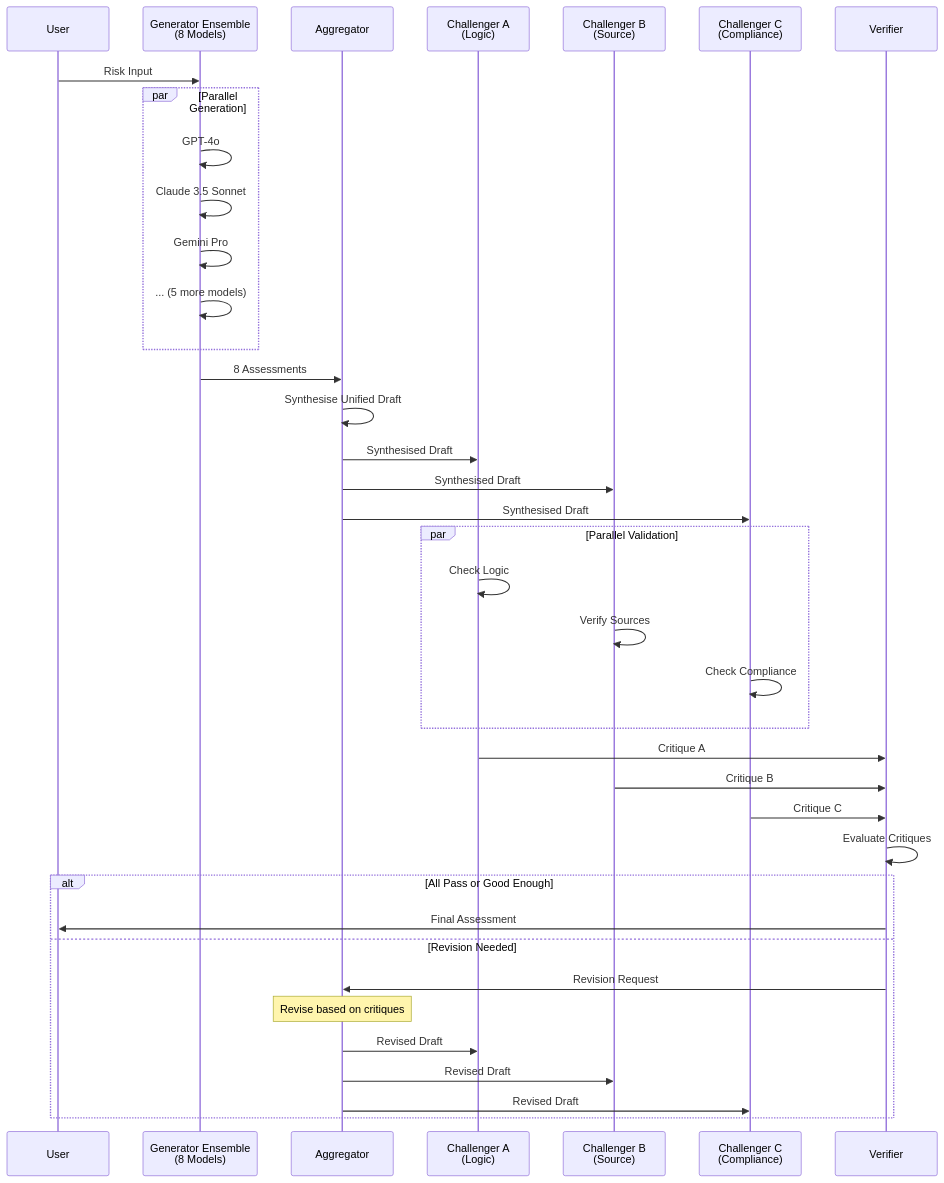
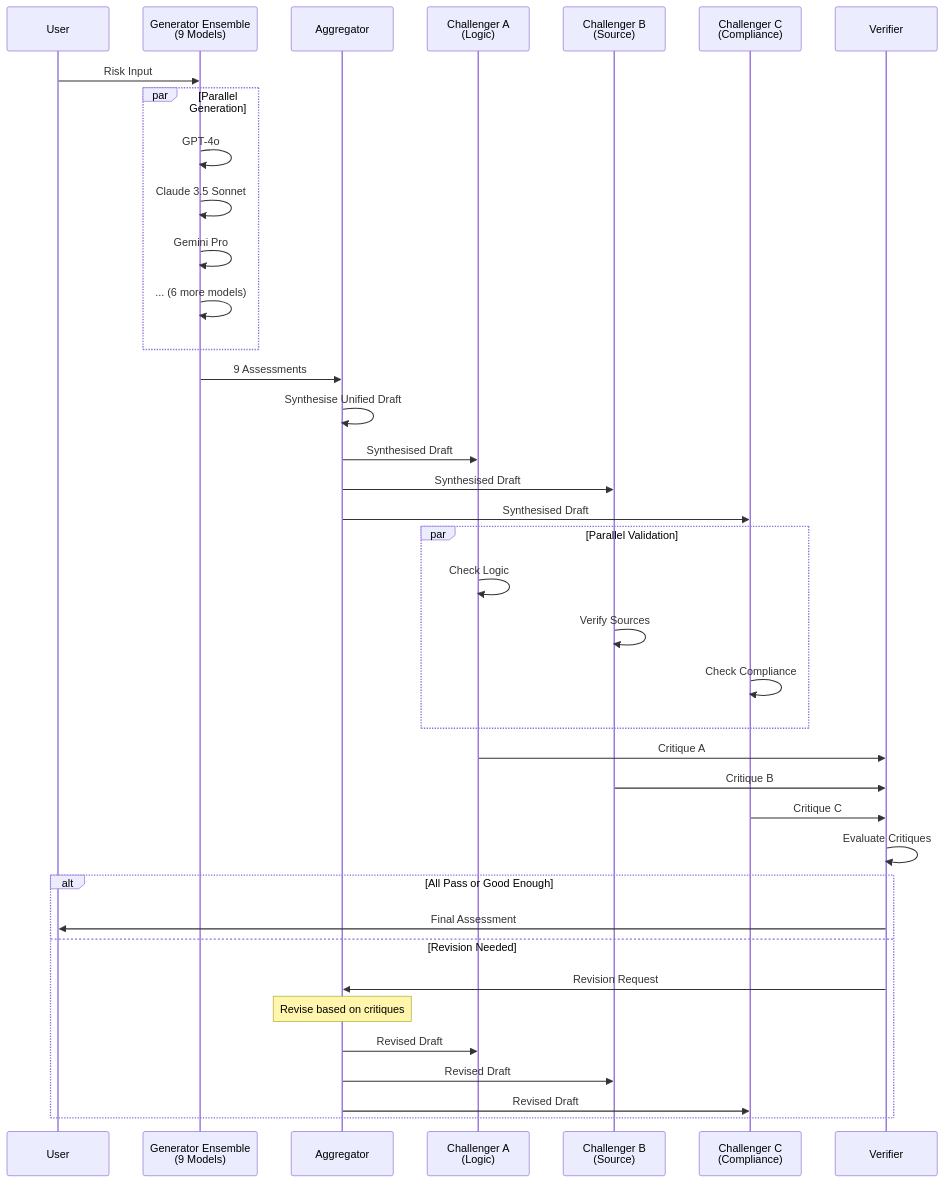
Before and after one commit to Brishian427/IOT-risk-assessment-mas: the second of 2 diagrams in README.md, drawn with Mermaid. The commit also changed other lines of this file and 1 other file, not shown here.

Commit message:
Replace Gemini with Claude 3 Haiku: Restore 9-model ensemble

````diff
--- a/README.md
+++ b/README.md
@@ -92,46 +92,46 @@
 ```mermaid
 sequenceDiagram
     participant User
-    participant GenEnsemble as Generator Ensemble<br/>(8 Models)
+    participant GenEnsemble as Generator Ensemble<br/>(9 Models)
     participant Aggregator
     participant ChallengerA as Challenger A<br/>(Logic)
     participant ChallengerB as Challenger B<br/>(Source)
     participant ChallengerC as Challenger C<br/>(Compliance)
     participant Verifier
     
     User->>GenEnsemble: Risk Input
     par Parallel Generation
         GenEnsemble->>GenEnsemble: GPT-4o
         GenEnsemble->>GenEnsemble: Claude 3.5 Sonnet
         GenEnsemble->>GenEnsemble: Gemini Pro
-        GenEnsemble->>GenEnsemble: ... (5 more models)
+        GenEnsemble->>GenEnsemble: ... (6 more models)
     end
-    GenEnsemble->>Aggregator: 8 Assessments
+    GenEnsemble->>Aggregator: 9 Assessments
     
     Aggregator->>Aggregator: Synthesise Unified Draft
     Aggregator->>ChallengerA: Synthesised Draft
     Aggregator->>ChallengerB: Synthesised Draft
     Aggregator->>ChallengerC: Synthesised Draft
     
     par Parallel Validation
         ChallengerA->>ChallengerA: Check Logic
         ChallengerB->>ChallengerB: Verify Sources
         ChallengerC->>ChallengerC: Check Compliance
     end
     
     ChallengerA->>Verifier: Critique A
     ChallengerB->>Verifier: Critique B
     ChallengerC->>Verifier: Critique C
     
     Verifier->>Verifier: Evaluate Critiques
     
     alt All Pass or Good Enough
         Verifier->>User: Final Assessment
     else Revision Needed
         Verifier->>Aggregator: Revision Request
         Note over Aggregator: Revise based on critiques
         Aggregator->>ChallengerA: Revised Draft
         Aggregator->>ChallengerB: Revised Draft
         Aggregator->>ChallengerC: Revised Draft
     end
 ```
````
